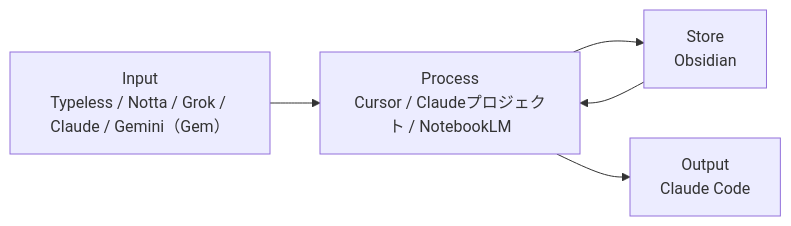
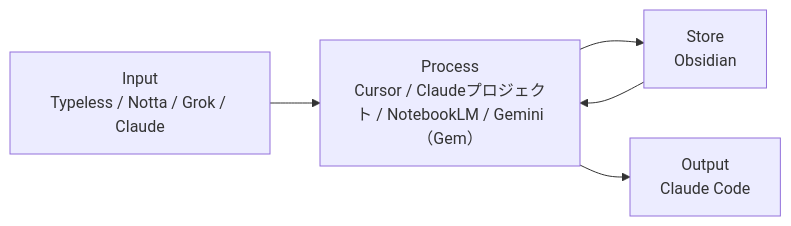
One commit to naoyakousakabiz/ObsidianVault changed the first of 3 diagrams in 04_AI/01_ツール運用/01_AI活用整理.md. Above: the diagram before and after it, drawn with Mermaid. The commit also changed other lines of this file and 58 other files, not shown here.

````diff
--- a/04_AI/01_ツール運用/01_AI活用整理.md
+++ b/04_AI/01_ツール運用/01_AI活用整理.md
@@ -18,7 +18,7 @@
 ```mermaid
 flowchart LR
-  A[Input<br/>Typeless / Notta / Grok / Claude / Gemini（Gem）] --> B[Process<br/>Cursor / Claudeプロジェクト / NotebookLM]
+  A[Input<br/>Typeless / Notta / Grok / Claude] --> B[Process<br/>Cursor / Claudeプロジェクト / NotebookLM / Gemini（Gem）]
   B --> C[Store<br/>Obsidian]
   B --> D[Output<br/>Claude Code]
   C --> B
 ```
````
